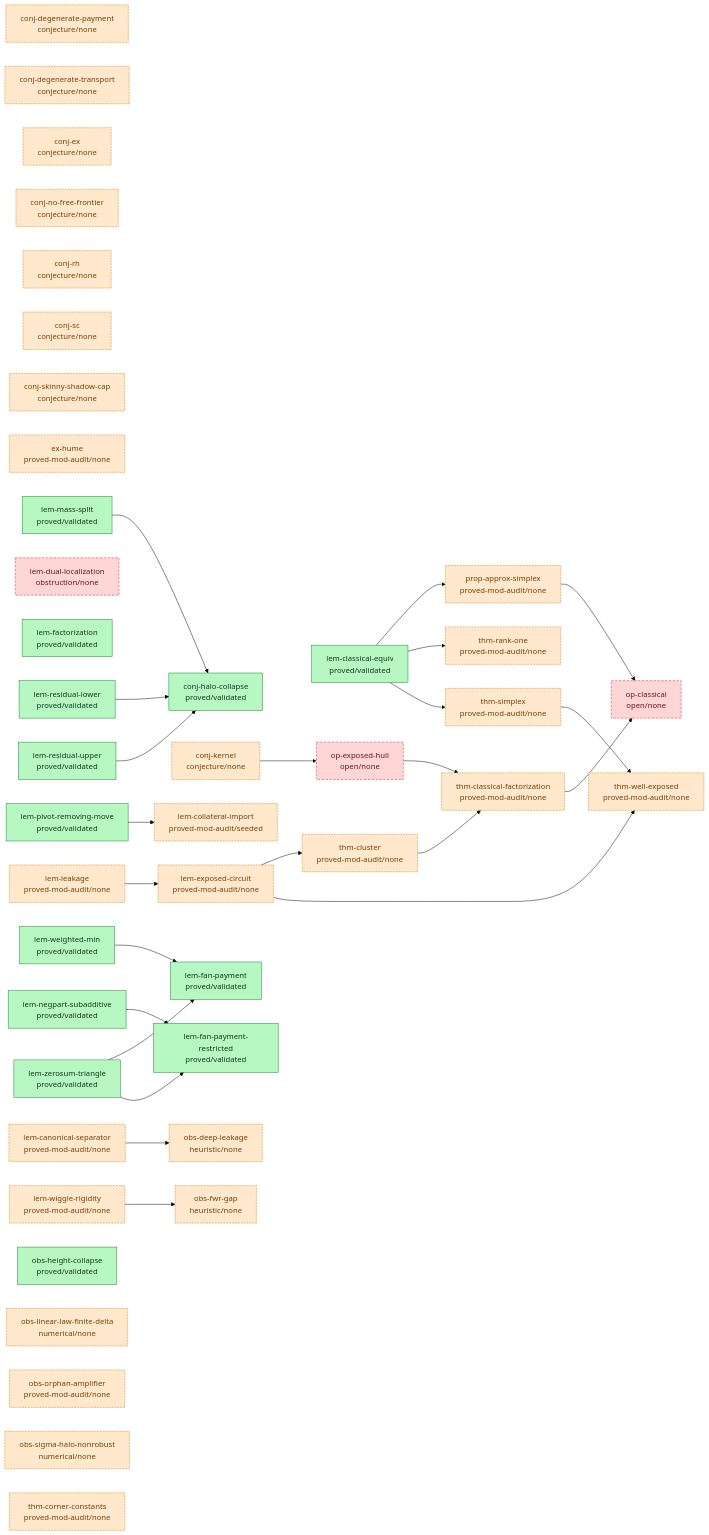
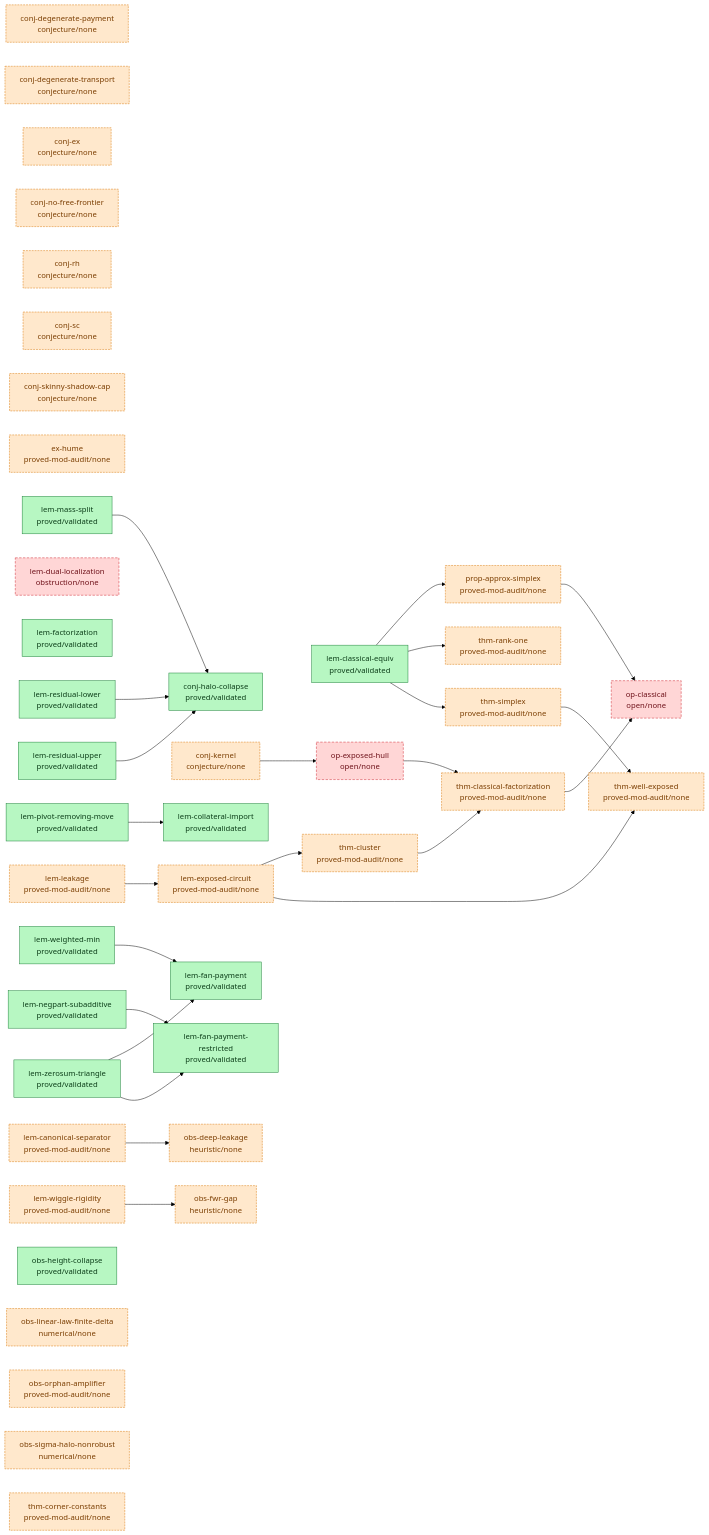
The diagram in argument/DAG.md (tobiasosborne/almost-idempotent-stochastic-maps), drawn with Mermaid (forest theme) before and after one commit. The commit also changed 160 other files, not shown here.

````diff
--- a/argument/DAG.md
+++ b/argument/DAG.md
@@ -6,77 +6,77 @@
 ```mermaid
 graph LR
   classDef validated fill:#b7f7c2,stroke:#1a7f37,color:#0b3d18;
   classDef proved fill:#cfe3ff,stroke:#0969da,color:#0a3069;
   classDef seeded fill:#fff3c4,stroke:#bf8700,color:#5a4500;
   classDef stated fill:#eaecef,stroke:#8b949e,color:#24292f;
   classDef cited fill:#e7d6ff,stroke:#8250df,color:#3b1a73;
   classDef nonrigorous fill:#ffe8cc,stroke:#d97706,color:#7a3d00,stroke-dasharray:4 2;
   classDef open fill:#ffd6d6,stroke:#cf222e,color:#6e1119,stroke-dasharray:5 3;
   conj-degenerate-payment["conj-degenerate-payment<br/>conjecture/none"]
   conj-degenerate-transport["conj-degenerate-transport<br/>conjecture/none"]
   conj-ex["conj-ex<br/>conjecture/none"]
   conj-halo-collapse["conj-halo-collapse<br/>proved/validated"]
   conj-kernel["conj-kernel<br/>conjecture/none"]
   conj-no-free-frontier["conj-no-free-frontier<br/>conjecture/none"]
   conj-rh["conj-rh<br/>conjecture/none"]
   conj-sc["conj-sc<br/>conjecture/none"]
   conj-skinny-shadow-cap["conj-skinny-shadow-cap<br/>conjecture/none"]
   ex-hume["ex-hume<br/>proved-mod-audit/none"]
   lem-canonical-separator["lem-canonical-separator<br/>proved-mod-audit/none"]
   lem-classical-equiv["lem-classical-equiv<br/>proved/validated"]
-  lem-collateral-import["lem-collateral-import<br/>proved-mod-audit/seeded"]
+  lem-collateral-import["lem-collateral-import<br/>proved/validated"]
   lem-dual-localization["lem-dual-localization<br/>obstruction/none"]
   lem-exposed-circuit["lem-exposed-circuit<br/>proved-mod-audit/none"]
   lem-factorization["lem-factorization<br/>proved/validated"]
   lem-fan-payment["lem-fan-payment<br/>proved/validated"]
   lem-fan-payment-restricted["lem-fan-payment-restricted<br/>proved/validated"]
   lem-leakage["lem-leakage<br/>proved-mod-audit/none"]
   lem-mass-split["lem-mass-split<br/>proved/validated"]
   lem-negpart-subadditive["lem-negpart-subadditive<br/>proved/validated"]
   lem-pivot-removing-move["lem-pivot-removing-move<br/>proved/validated"]
   lem-residual-lower["lem-residual-lower<br/>proved/validated"]
   lem-residual-upper["lem-residual-upper<br/>proved/validated"]
   lem-weighted-min["lem-weighted-min<br/>proved/validated"]
   lem-wiggle-rigidity["lem-wiggle-rigidity<br/>proved-mod-audit/none"]
   lem-zerosum-triangle["lem-zerosum-triangle<br/>proved/validated"]
   obs-deep-leakage["obs-deep-leakage<br/>heuristic/none"]
   obs-fwr-gap["obs-fwr-gap<br/>heuristic/none"]
   obs-height-collapse["obs-height-collapse<br/>proved/validated"]
   obs-linear-law-finite-delta["obs-linear-law-finite-delta<br/>numerical/none"]
   obs-orphan-amplifier["obs-orphan-amplifier<br/>proved-mod-audit/none"]
   obs-sigma-halo-nonrobust["obs-sigma-halo-nonrobust<br/>numerical/none"]
   op-classical["op-classical<br/>open/none"]
   op-exposed-hull["op-exposed-hull<br/>open/none"]
   prop-approx-simplex["prop-approx-simplex<br/>proved-mod-audit/none"]
   thm-classical-factorization["thm-classical-factorization<br/>proved-mod-audit/none"]
   thm-cluster["thm-cluster<br/>proved-mod-audit/none"]
   thm-corner-constants["thm-corner-constants<br/>proved-mod-audit/none"]
   thm-rank-one["thm-rank-one<br/>proved-mod-audit/none"]
   thm-simplex["thm-simplex<br/>proved-mod-audit/none"]
   thm-well-exposed["thm-well-exposed<br/>proved-mod-audit/none"]
   conj-kernel --> op-exposed-hull
   lem-canonical-separator --> obs-deep-leakage
   lem-classical-equiv --> prop-approx-simplex
   lem-classical-equiv --> thm-rank-one
   lem-classical-equiv --> thm-simplex
   lem-exposed-circuit --> thm-cluster
   lem-exposed-circuit --> thm-well-exposed
   lem-leakage --> lem-exposed-circuit
   lem-mass-split --> conj-halo-collapse
   lem-negpart-subadditive --> lem-fan-payment-restricted
   lem-pivot-removing-move --> lem-collateral-import
   lem-residual-lower --> conj-halo-collapse
   lem-residual-upper --> conj-halo-collapse
   lem-weighted-min --> lem-fan-payment
   lem-wiggle-rigidity --> obs-fwr-gap
   lem-zerosum-triangle --> lem-fan-payment
   lem-zerosum-triangle --> lem-fan-payment-restricted
   op-exposed-hull --> thm-classical-factorization
   prop-approx-simplex --> op-classical
   thm-classical-factorization --> op-classical
   thm-cluster --> thm-classical-factorization
   thm-simplex --> thm-well-exposed
-  class conj-halo-collapse,lem-classical-equiv,lem-factorization,lem-fan-payment,lem-fan-payment-restricted,lem-mass-split,lem-negpart-subadditive,lem-pivot-removing-move,lem-residual-lower,lem-residual-upper,lem-weighted-min,lem-zerosum-triangle,obs-height-collapse validated;
-  class conj-degenerate-payment,conj-degenerate-transport,conj-ex,conj-kernel,conj-no-free-frontier,conj-rh,conj-sc,conj-skinny-shadow-cap,ex-hume,lem-canonical-separator,lem-collateral-import,lem-exposed-circuit,lem-leakage,lem-wiggle-rigidity,obs-deep-leakage,obs-fwr-gap,obs-linear-law-finite-delta,obs-orphan-amplifier,obs-sigma-halo-nonrobust,prop-approx-simplex,thm-classical-factorization,thm-cluster,thm-corner-constants,thm-rank-one,thm-simplex,thm-well-exposed nonrigorous;
+  class conj-halo-collapse,lem-classical-equiv,lem-collateral-import,lem-factorization,lem-fan-payment,lem-fan-payment-restricted,lem-mass-split,lem-negpart-subadditive,lem-pivot-removing-move,lem-residual-lower,lem-residual-upper,lem-weighted-min,lem-zerosum-triangle,obs-height-collapse validated;
+  class conj-degenerate-payment,conj-degenerate-transport,conj-ex,conj-kernel,conj-no-free-frontier,conj-rh,conj-sc,conj-skinny-shadow-cap,ex-hume,lem-canonical-separator,lem-exposed-circuit,lem-leakage,lem-wiggle-rigidity,obs-deep-leakage,obs-fwr-gap,obs-linear-law-finite-delta,obs-orphan-amplifier,obs-sigma-halo-nonrobust,prop-approx-simplex,thm-classical-factorization,thm-cluster,thm-corner-constants,thm-rank-one,thm-simplex,thm-well-exposed nonrigorous;
   class lem-dual-localization,op-classical,op-exposed-hull open;
 ```
````
